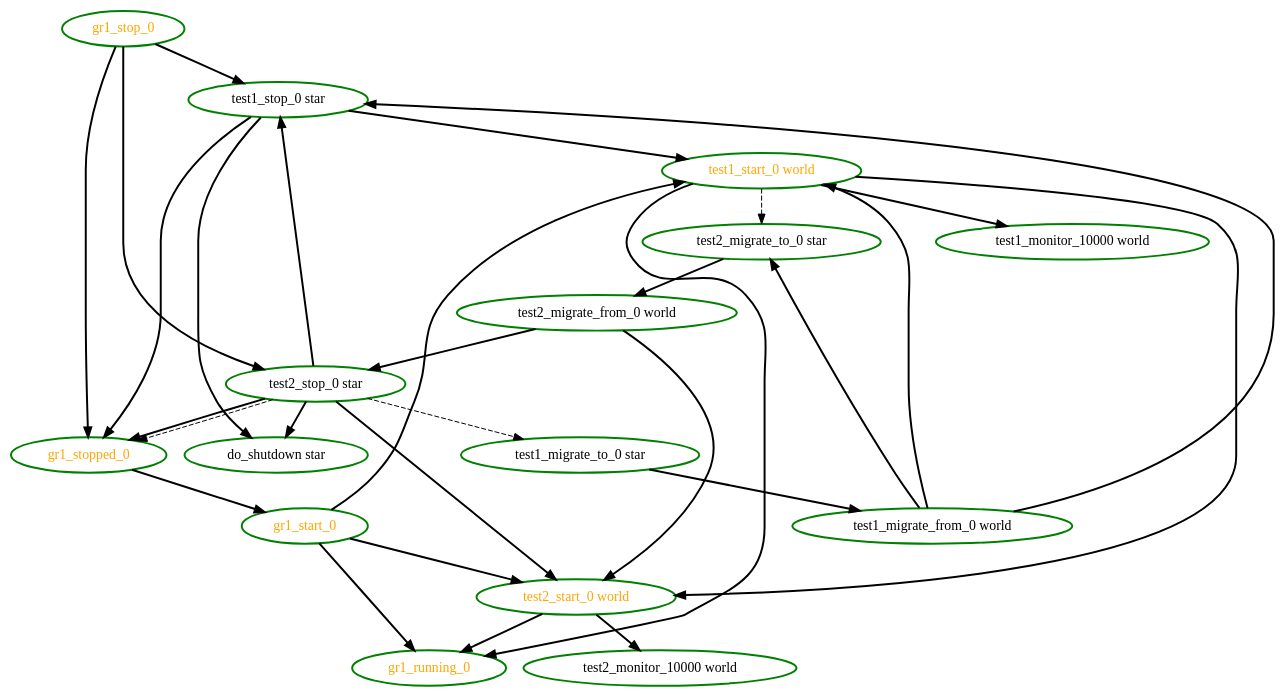
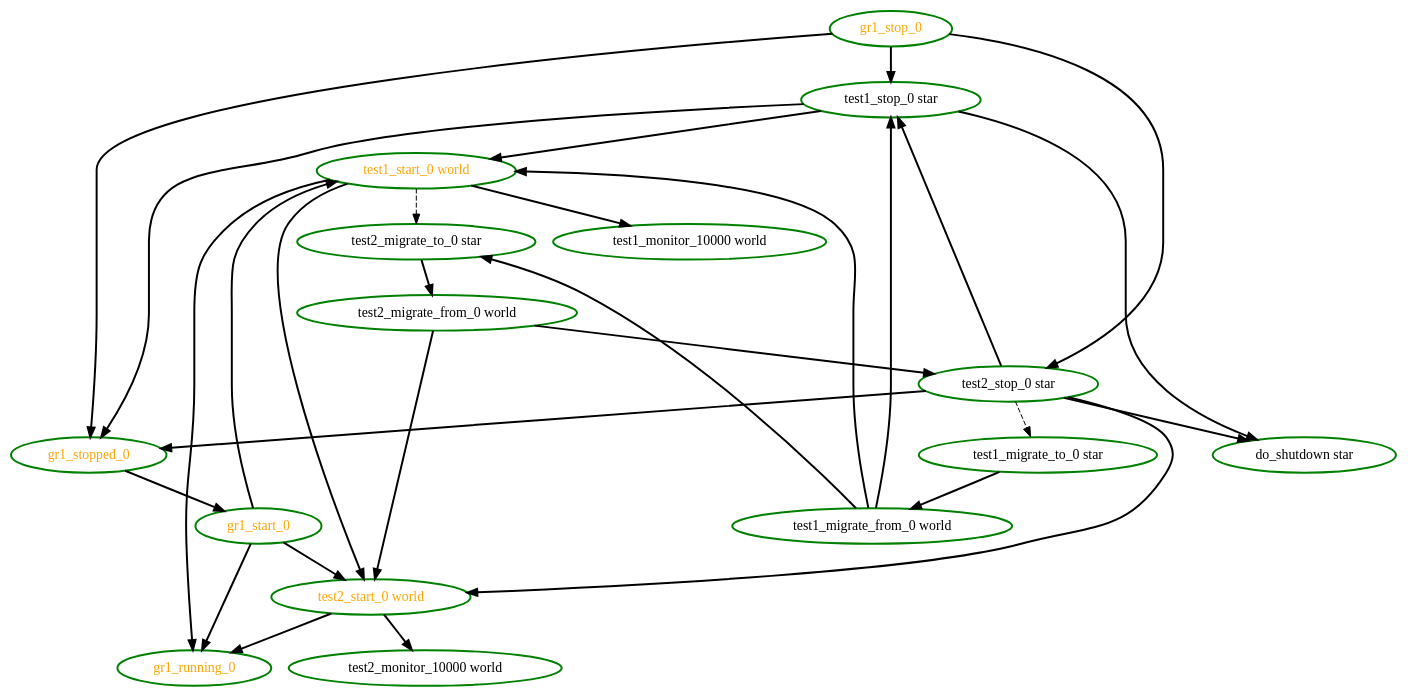
One commit to ClusterLabs/pacemaker changed the diagram in cts/scheduler/bug-1820.dot. Above: the diagram before and after it, drawn with Graphviz. The commit also changed 2 other files, not shown here.

Commit message:
Test: cts-scheduler: update regression tests for de-duplication
The action input de-duplication correctly avoided duplicate lines in certain
tests' dot files.

```diff
--- a/cts/scheduler/bug-1820.dot
+++ b/cts/scheduler/bug-1820.dot
@@ -1,46 +1,45 @@
 digraph "g" {
 "do_shutdown star" [ style=bold color="green" fontcolor="black" ]
 "gr1_running_0" [ style=bold color="green" fontcolor="orange" ]
 "gr1_start_0" -> "gr1_running_0" [ style = bold]
 "gr1_start_0" -> "test1_start_0 world" [ style = bold]
 "gr1_start_0" -> "test2_start_0 world" [ style = bold]
 "gr1_start_0" [ style=bold color="green" fontcolor="orange" ]
 "gr1_stop_0" -> "gr1_stopped_0" [ style = bold]
 "gr1_stop_0" -> "test1_stop_0 star" [ style = bold]
 "gr1_stop_0" -> "test2_stop_0 star" [ style = bold]
 "gr1_stop_0" [ style=bold color="green" fontcolor="orange" ]
 "gr1_stopped_0" -> "gr1_start_0" [ style = bold]
 "gr1_stopped_0" [ style=bold color="green" fontcolor="orange" ]
 "test1_migrate_from_0 world" -> "test1_start_0 world" [ style = bold]
 "test1_migrate_from_0 world" -> "test1_stop_0 star" [ style = bold]
 "test1_migrate_from_0 world" -> "test2_migrate_to_0 star" [ style = bold]
 "test1_migrate_from_0 world" [ style=bold color="green" fontcolor="black" ]
 "test1_migrate_to_0 star" -> "test1_migrate_from_0 world" [ style = bold]
 "test1_migrate_to_0 star" [ style=bold color="green" fontcolor="black" ]
 "test1_monitor_10000 world" [ style=bold color="green" fontcolor="black" ]
 "test1_start_0 world" -> "gr1_running_0" [ style = bold]
 "test1_start_0 world" -> "test1_monitor_10000 world" [ style = bold]
 "test1_start_0 world" -> "test2_migrate_to_0 star" [ style = dashed]
 "test1_start_0 world" -> "test2_start_0 world" [ style = bold]
 "test1_start_0 world" [ style=bold color="green" fontcolor="orange" ]
 "test1_stop_0 star" -> "do_shutdown star" [ style = bold]
 "test1_stop_0 star" -> "gr1_stopped_0" [ style = bold]
 "test1_stop_0 star" -> "test1_start_0 world" [ style = bold]
 "test1_stop_0 star" [ style=bold color="green" fontcolor="black" ]
 "test2_migrate_from_0 world" -> "test2_start_0 world" [ style = bold]
 "test2_migrate_from_0 world" -> "test2_stop_0 star" [ style = bold]
 "test2_migrate_from_0 world" [ style=bold color="green" fontcolor="black"]
 "test2_migrate_to_0 star" -> "test2_migrate_from_0 world" [ style = bold]
 "test2_migrate_to_0 star" [ style=bold color="green" fontcolor="black"]
 "test2_monitor_10000 world" [ style=bold color="green" fontcolor="black" ]
 "test2_start_0 world" -> "gr1_running_0" [ style = bold]
 "test2_start_0 world" -> "test2_monitor_10000 world" [ style = bold]
 "test2_start_0 world" [ style=bold color="green" fontcolor="orange"]
 "test2_stop_0 star" -> "do_shutdown star" [ style = bold]
 "test2_stop_0 star" -> "gr1_stopped_0" [ style = bold]
-"test2_stop_0 star" -> "gr1_stopped_0" [ style = dashed]
 "test2_stop_0 star" -> "test1_migrate_to_0 star" [ style = dashed]
 "test2_stop_0 star" -> "test1_stop_0 star" [ style = bold]
 "test2_stop_0 star" -> "test2_start_0 world" [ style = bold]
 "test2_stop_0 star" [ style=bold color="green" fontcolor="black" ]
 }
```
